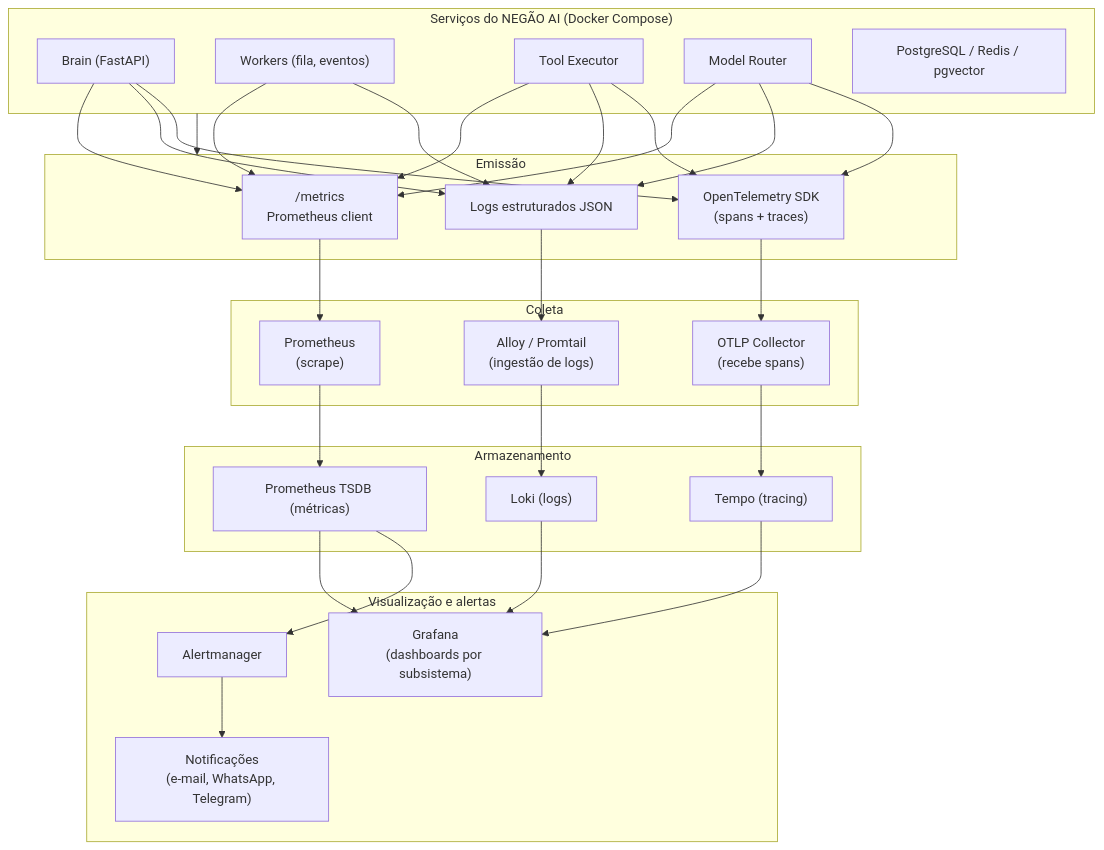
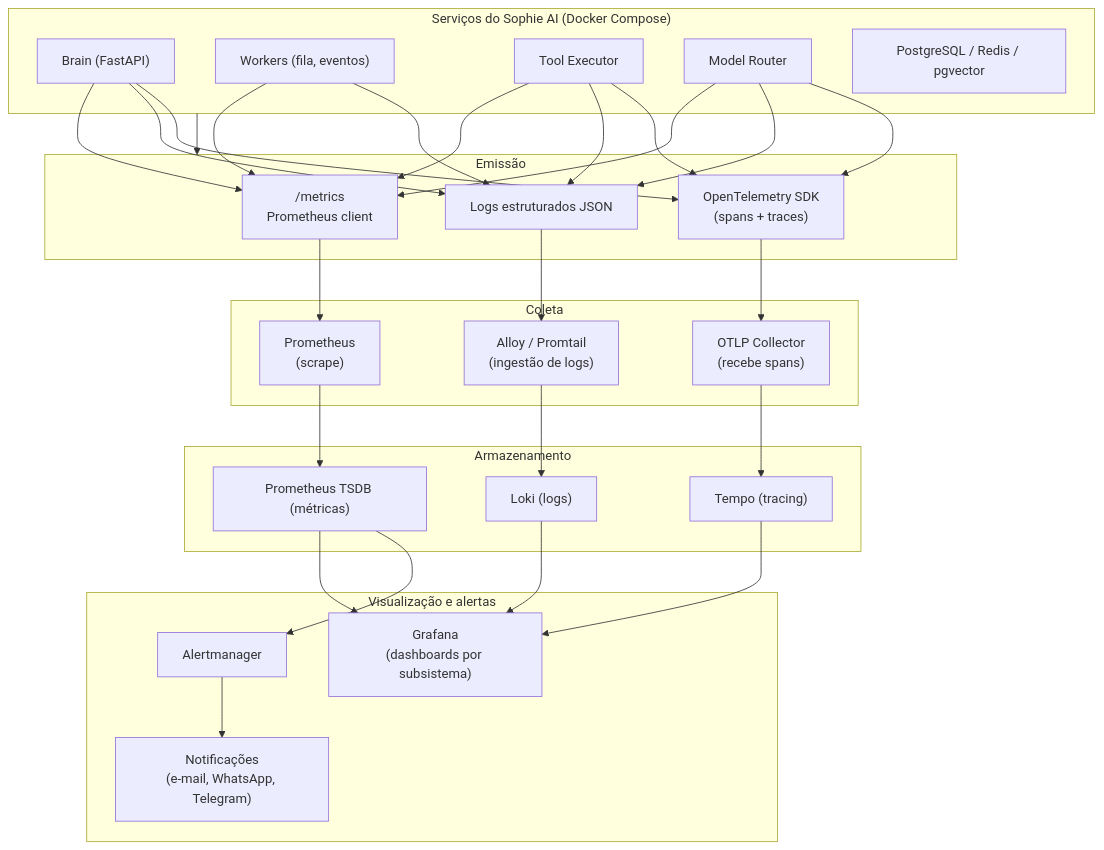
One commit to wandersongandra/Neg-o-IA changed the fourth of 5 diagrams in docs/ARQUITETURA.md. Above: the diagram before and after it, drawn with Mermaid. The commit also changed other lines of this file and 161 other files, not shown here.

````diff
--- a/docs/ARQUITETURA.md
+++ b/docs/ARQUITETURA.md
@@ -568,58 +568,58 @@
 ```mermaid
 flowchart TD
-    subgraph OBS_APPS["Serviços do NEGÃO AI (Docker Compose)"]
+    subgraph OBS_APPS["Serviços do Sophie AI (Docker Compose)"]
         OBS_BRAIN["Brain (FastAPI)"]
         OBS_WORK["Workers (fila, eventos)"]
         OBS_TOOLS["Tool Executor"]
         OBS_ROUTER["Model Router"]
         OBS_DB["PostgreSQL / Redis / pgvector"]
     end
 
     subgraph OBS_EMIT["Emissão"]
         OBS_METRICS["/metrics<br/>Prometheus client"]
         OBS_LOGS["Logs estruturados JSON"]
         OBS_SPANS["OpenTelemetry SDK<br/>(spans + traces)"]
     end
 
     subgraph OBS_COLLECT["Coleta"]
         OBS_PROM["Prometheus<br/>(scrape)"]
         OBS_ALLOW["Alloy / Promtail<br/>(ingestão de logs)"]
         OBS_OTLP["OTLP Collector<br/>(recebe spans)"]
     end
 
     subgraph OBS_STORE["Armazenamento"]
         OBS_TEMPO["Tempo (tracing)"]
         OBS_LOKI["Loki (logs)"]
         OBS_TSDB["Prometheus TSDB (métricas)"]
     end
 
     subgraph OBS_VIEW["Visualização e alertas"]
         OBS_GRAF["Grafana<br/>(dashboards por subsistema)"]
         OBS_AM["Alertmanager"]
         OBS_NOTIF["Notificações<br/>(e-mail, WhatsApp, Telegram)"]
     end
 
     OBS_APPS --> OBS_EMIT
     OBS_BRAIN --> OBS_METRICS
     OBS_WORK --> OBS_METRICS
     OBS_TOOLS --> OBS_METRICS
     OBS_ROUTER --> OBS_METRICS
     OBS_BRAIN --> OBS_LOGS
     OBS_WORK --> OBS_LOGS
     OBS_TOOLS --> OBS_LOGS
     OBS_ROUTER --> OBS_LOGS
     OBS_BRAIN --> OBS_SPANS
     OBS_ROUTER --> OBS_SPANS
     OBS_TOOLS --> OBS_SPANS
     OBS_METRICS --> OBS_PROM
     OBS_LOGS --> OBS_ALLOW
     OBS_SPANS --> OBS_OTLP
     OBS_PROM --> OBS_TSDB
     OBS_ALLOW --> OBS_LOKI
     OBS_OTLP --> OBS_TEMPO
     OBS_TSDB --> OBS_GRAF
     OBS_LOKI --> OBS_GRAF
     OBS_TEMPO --> OBS_GRAF
     OBS_TSDB --> OBS_AM
     OBS_AM --> OBS_NOTIF
 ```
````
